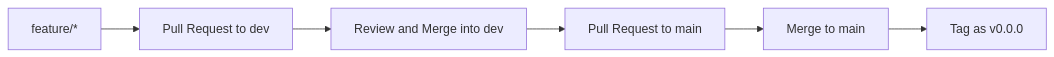
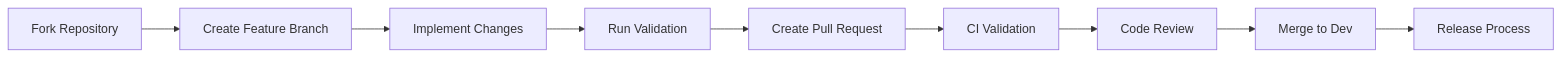
Before and after one commit to Anuj-Patiyal/java-selenium-hybrid-framework: the seventh of 7 diagrams in README.md, drawn with Mermaid. The commit also changed other lines of this file and 4 other files, not shown here.

````diff
--- a/README.md
+++ b/README.md
@@ -178,8 +390,11 @@
 ```mermaid
-graph LR
-A[feature/*] --> B[Pull Request to dev]
-B --> C[Review and Merge into dev]
-C --> D[Pull Request to main]
-D --> E[Merge to main]
-E --> F[Tag as v0.0.0]
+flowchart LR
+    A[Fork Repository] --> B[Create Feature Branch]
+    B --> C[Implement Changes]
+    C --> D[Run Validation]
+    D --> E[Create Pull Request]
+    E --> F[CI Validation]
+    F --> G[Code Review]
+    G --> H[Merge to Dev]
+    H --> I[Release Process]
 ```
````
